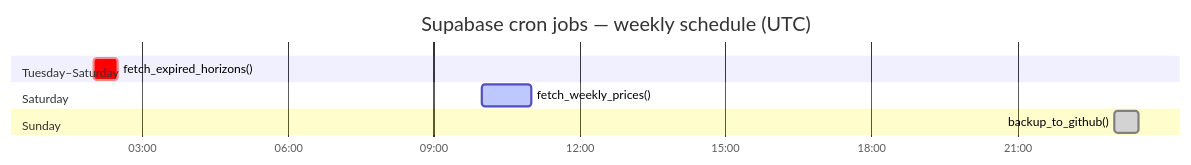
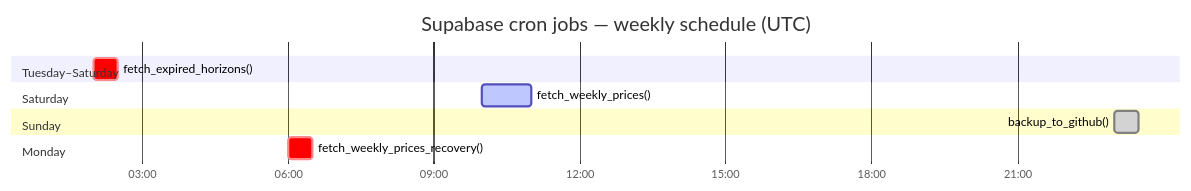
Before and after one commit to alpyengine/openbank-price-prediction: the third of 9 diagrams in docs/openbank-forecast-uml.md, drawn with Mermaid. The commit also changed other lines of this file and 4 other files, not shown here.

````diff
--- a/docs/openbank-forecast-uml.md
+++ b/docs/openbank-forecast-uml.md
@@ -172,15 +193,18 @@
 ```mermaid
 gantt
     title Supabase cron jobs — weekly schedule (UTC)
     dateFormat HH:mm
     axisFormat %H:%M
 
     section Tuesday–Saturday
     fetch_expired_horizons() :crit, 02:00, 30m
 
     section Saturday
-    fetch_weekly_prices()    :active, 10:00, 60m
+    fetch_weekly_prices()             :active, 10:00, 60m
 
     section Sunday
-    backup_to_github()       :done, 23:00, 30m
+    backup_to_github()                :done, 23:00, 30m
+
+    section Monday
+    fetch_weekly_prices_recovery()    :crit, 06:00, 30m
 ```
````
